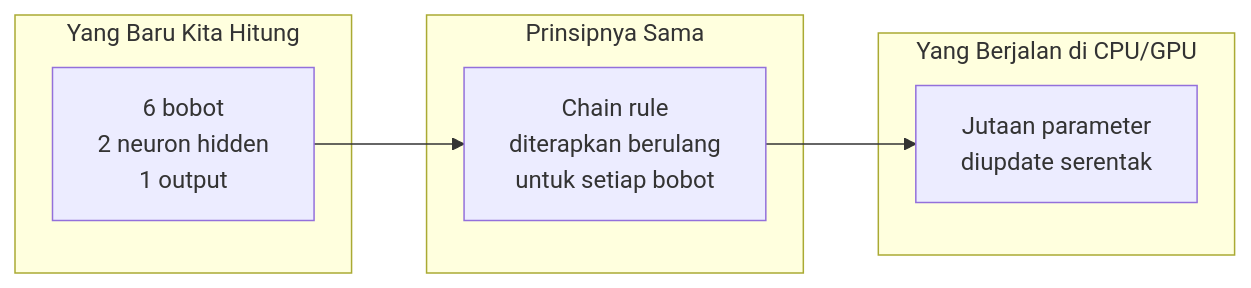
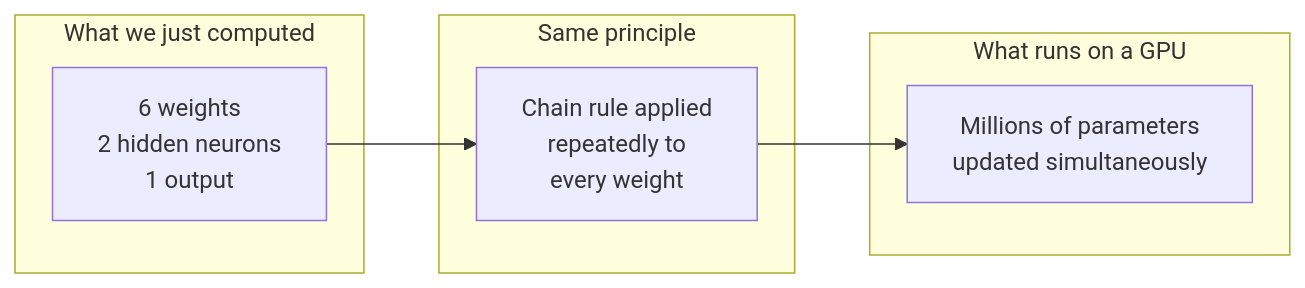
One commit to fiqgant/fiqlab changed the fifth of 5 diagrams in content/blog/backpropagation-manual-calculation.mdx. Above: the diagram before and after it, drawn with Mermaid. The commit also changed other lines of this file, not shown here.

````diff
--- a/content/blog/backpropagation-manual-calculation.mdx
+++ b/content/blog/backpropagation-manual-calculation.mdx
@@ -466,16 +466,16 @@
 ```mermaid
 flowchart LR
-    subgraph "Yang Berjalan di CPU/GPU"
-        M["Jutaan parameter\ndiupdate serentak"]
+    subgraph "What runs on a GPU"
+        M["Millions of parameters\nupdated simultaneously"]
     end
 
-    subgraph "Yang Baru Kita Hitung"
-        S["6 bobot\n2 neuron hidden\n1 output"]
+    subgraph "What we just computed"
+        S["6 weights\n2 hidden neurons\n1 output"]
     end
 
-    subgraph "Prinsipnya Sama"
-        P["Chain rule\nditerapkan berulang\nuntuk setiap bobot"]
+    subgraph "Same principle"
+        P["Chain rule applied\nrepeatedly to\nevery weight"]
     end
 
     S --> P --> M
 ```
````
